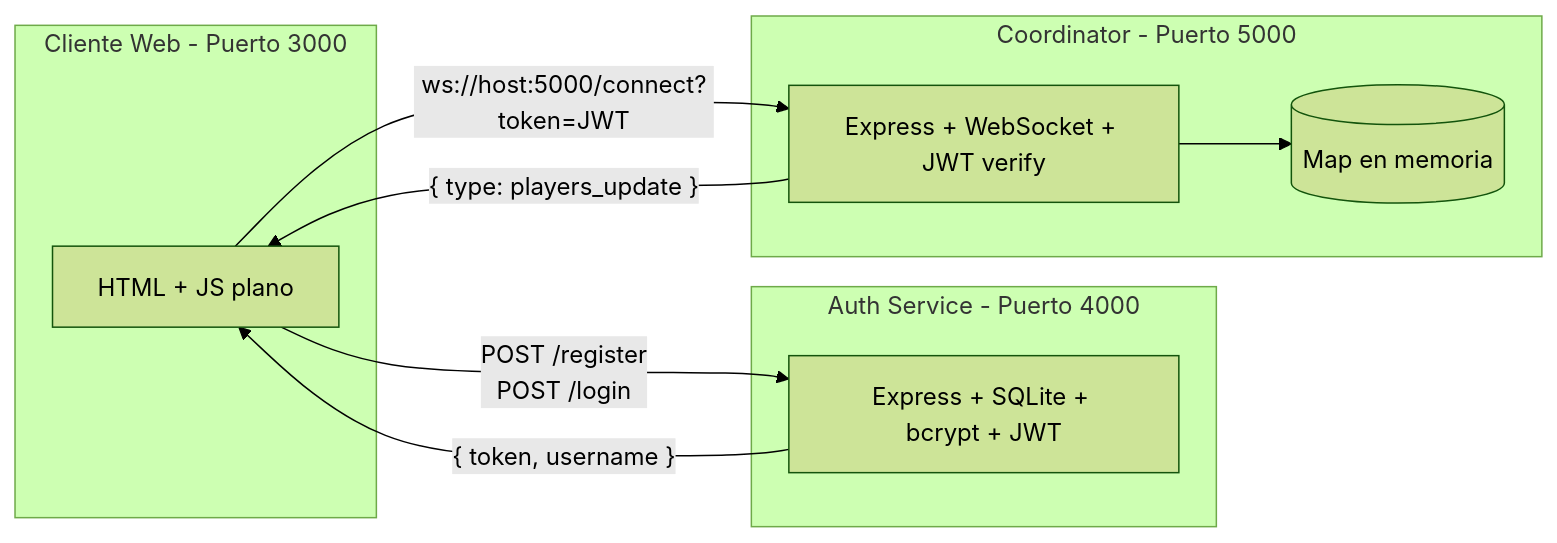
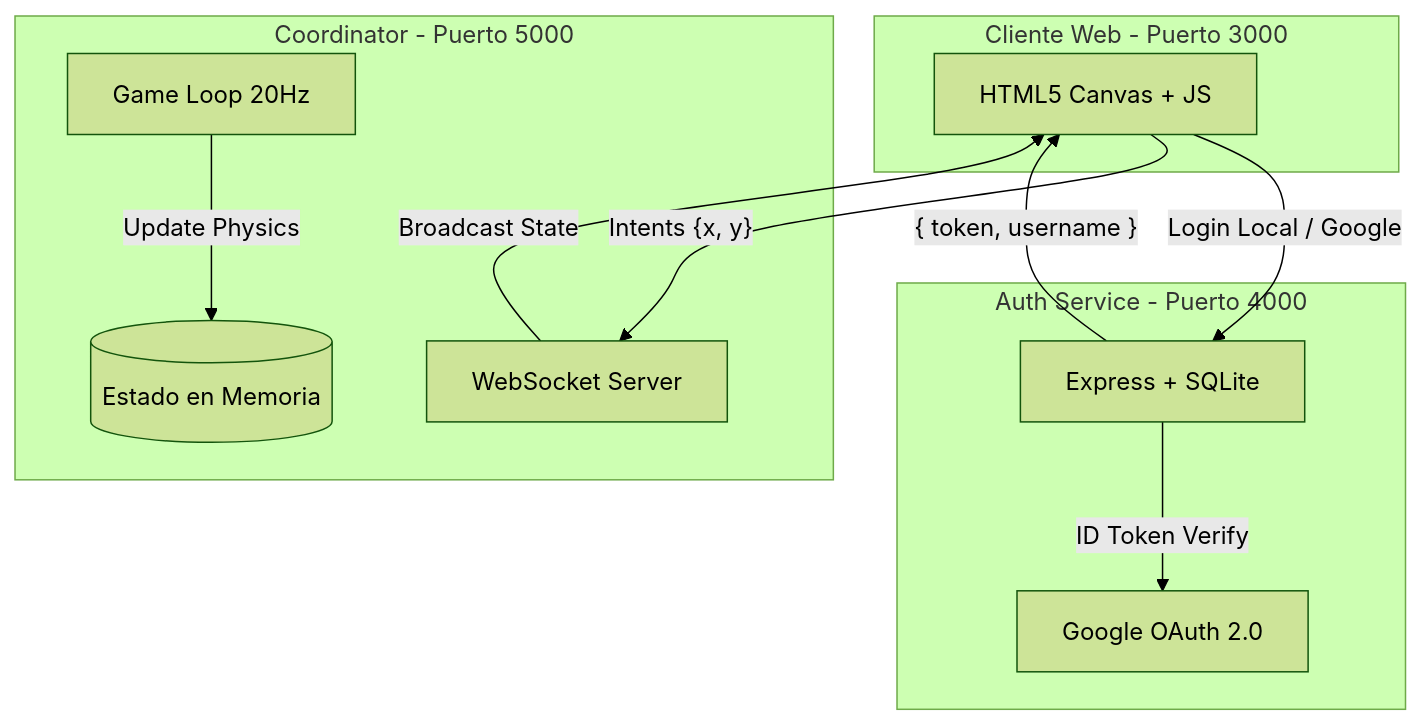
One commit to Julianpril/proyecto-final changed the first of 4 diagrams in README.md. Above: the diagram before and after it, drawn with Mermaid (forest theme). The commit also changed other lines of this file and 8 other files, not shown here.

````diff
--- a/README.md
+++ b/README.md
@@ -9,21 +9,24 @@
 ```mermaid
-graph LR
+graph TD
     subgraph Cliente Web - Puerto 3000
-        C[HTML + JS plano]
+        C[HTML5 Canvas + JS]
     end
 
     subgraph Auth Service - Puerto 4000
-        A[Express + SQLite + bcrypt + JWT]
+        A[Express + SQLite]
+        G[Google OAuth 2.0]
     end
 
     subgraph Coordinator - Puerto 5000
-        CO[Express + WebSocket + JWT verify]
-        M[(Map en memoria)]
+        CO[WebSocket Server]
+        GL[Game Loop 20Hz]
+        M[(Estado en Memoria)]
     end
 
-    C -- "POST /register\nPOST /login" --> A
+    C -- "Login Local / Google" --> A
+    A -- "ID Token Verify" --> G
     A -- "{ token, username }" --> C
-    C -- "ws://host:5000/connect?token=JWT" --> CO
-    CO -- "{ type: players_update }" --> C
-    CO --> M
+    C -- "Intents {x, y}" --> CO
+    CO -- "Broadcast State" --> C
+    GL -- "Update Physics" --> M
 ```
````
